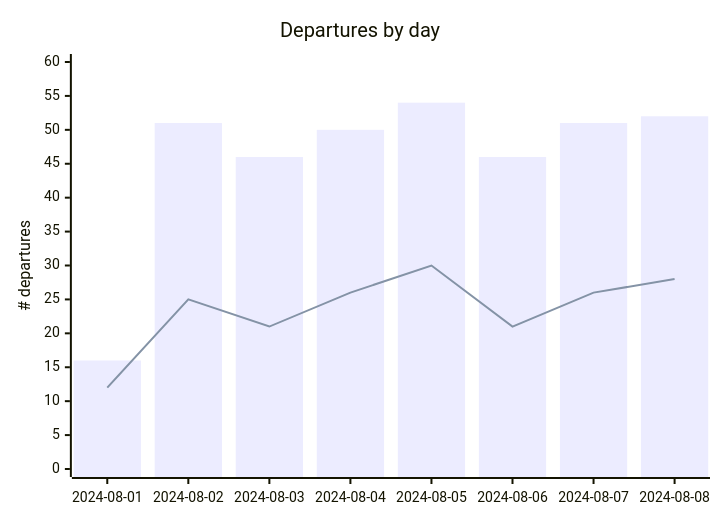
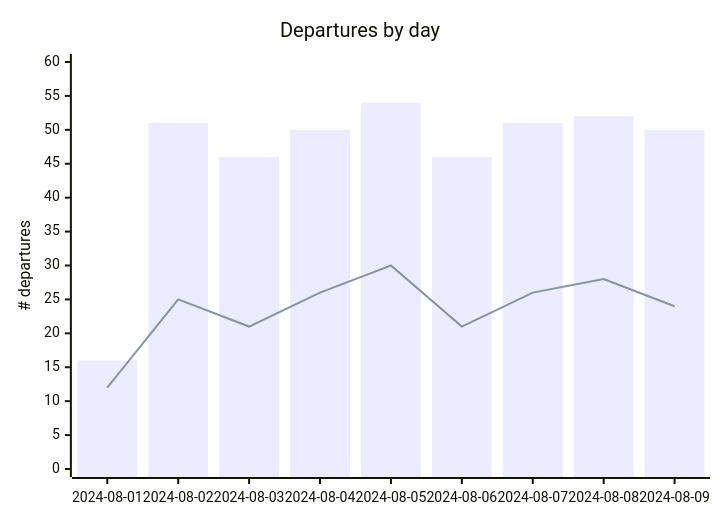
The first of 2 diagrams in README.md (rainermesi/tll-airport-departures), drawn with Mermaid before and after one commit. The commit also changed other lines of this file, not shown here.

````diff
--- a/README.md
+++ b/README.md
@@ -9,8 +9,8 @@
 ```mermaid
 xychart-beta
     title "Departures by day"
-    x-axis ["2024-08-01", "2024-08-02", "2024-08-03", "2024-08-04", "2024-08-05", "2024-08-06", "2024-08-07", "2024-08-08"]
+    x-axis ["2024-08-01", "2024-08-02", "2024-08-03", "2024-08-04", "2024-08-05", "2024-08-06", "2024-08-07", "2024-08-08", "2024-08-09"]
     y-axis "# departures" 0 --> 60
-    bar [16, 51, 46, 50, 54, 46, 51, 52]
-    line [12, 25, 21, 26, 30, 21, 26, 28]
+    bar [16, 51, 46, 50, 54, 46, 51, 52, 50]
+    line [12, 25, 21, 26, 30, 21, 26, 28, 24]
 ```
````
